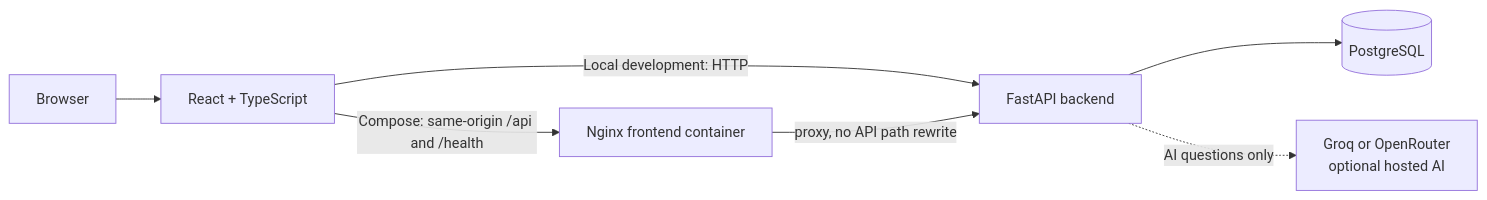
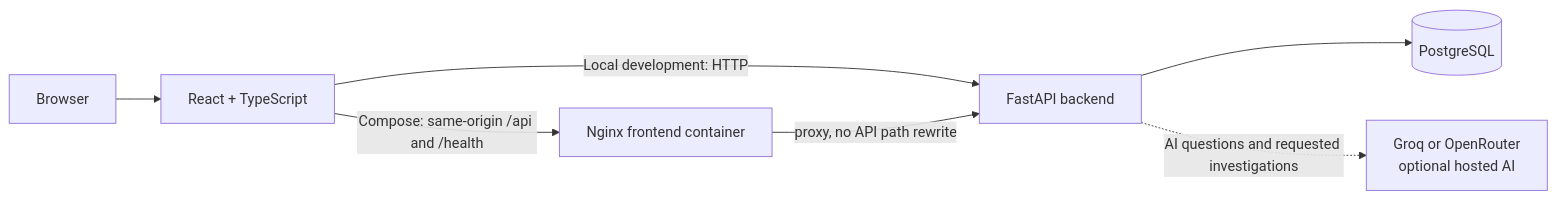
Before and after one commit to firefox-1092/LogLensAI: the diagram in README.md, drawn with Mermaid. The commit also changed other lines of this file and 20 other files, not shown here.

````diff
--- a/README.md
+++ b/README.md
@@ -38,16 +40,16 @@
 ```mermaid
 flowchart LR
     Browser[Browser]
     React[React + TypeScript]
     Nginx[Nginx frontend container]
     FastAPI[FastAPI backend]
     PostgreSQL[(PostgreSQL)]
     Provider[Groq or OpenRouter\noptional hosted AI]
 
     Browser --> React
     React -->|Local development: HTTP| FastAPI
     React -->|Compose: same-origin /api and /health| Nginx
     Nginx -->|proxy, no API path rewrite| FastAPI
     FastAPI --> PostgreSQL
-    FastAPI -.->|AI questions only| Provider
+    FastAPI -.->|AI questions and requested investigations| Provider
 ```
````
